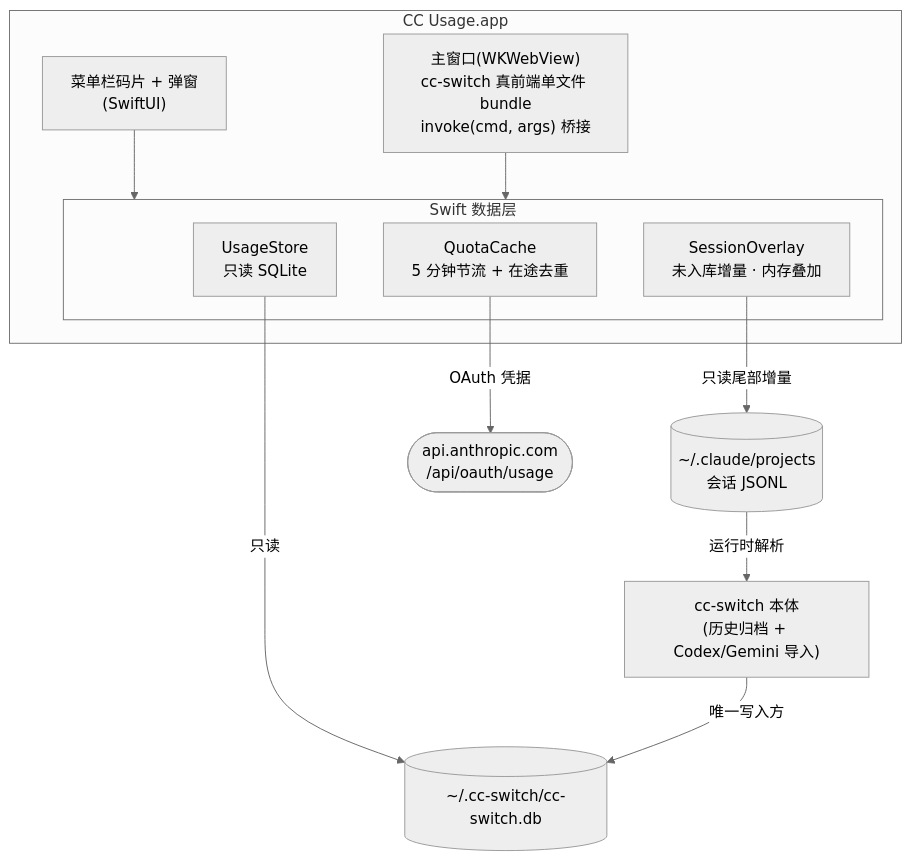
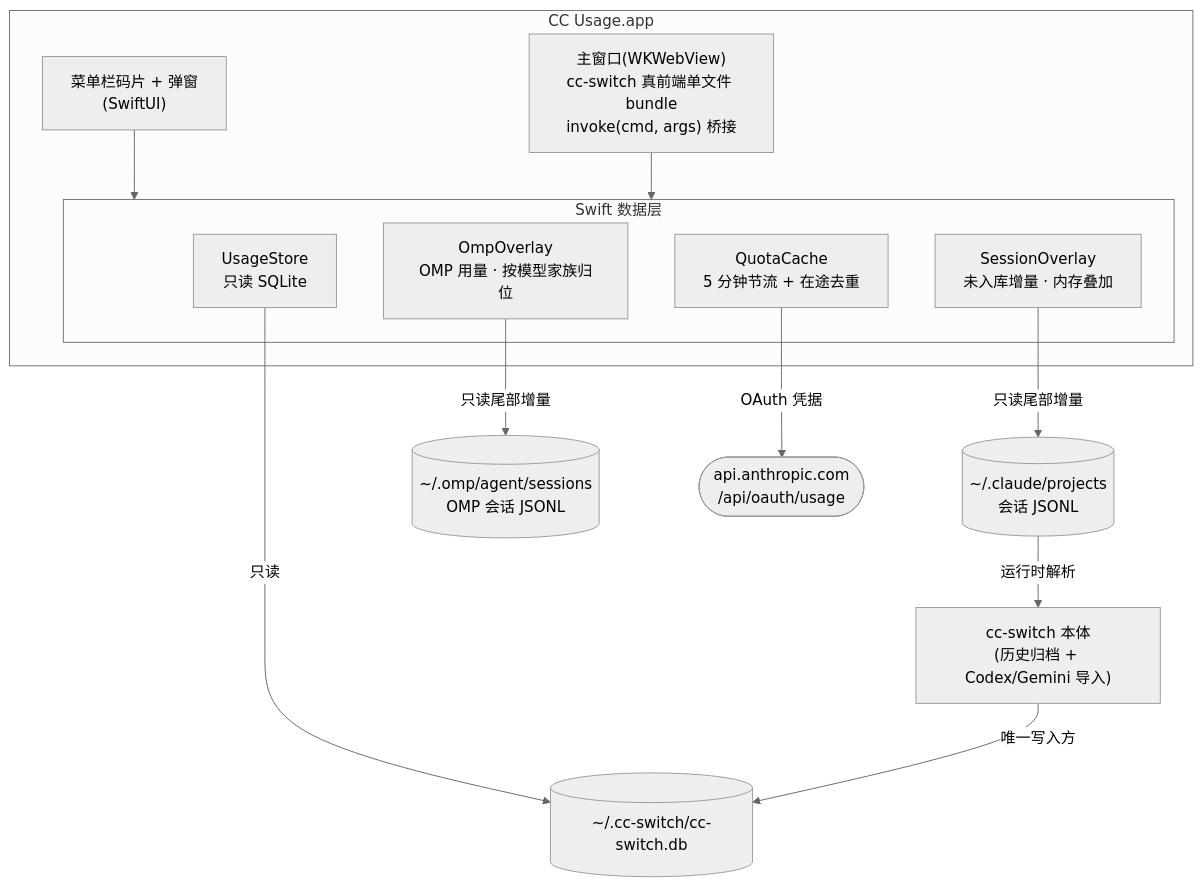
Before and after one commit to Eureka0w0v0/cc-usage: the diagram in README.md, drawn with Mermaid (neutral theme). The commit also changed other lines of this file and 9 other files, not shown here.

````diff
--- a/README.md
+++ b/README.md
@@ -80,24 +82,27 @@
 ```mermaid
 flowchart TB
     subgraph app["CC Usage.app"]
         menubar["菜单栏码片 + 弹窗<br/>(SwiftUI)"]
         panel["主窗口(WKWebView)<br/>cc-switch 真前端单文件 bundle<br/>invoke(cmd, args) 桥接"]
         subgraph layer["Swift 数据层"]
             UsageStore["UsageStore<br/>只读 SQLite"]
             SessionOverlay["SessionOverlay<br/>未入库增量 · 内存叠加"]
+            OmpOverlay["OmpOverlay<br/>OMP 用量 · 按模型家族归位"]
             QuotaCache["QuotaCache<br/>5 分钟节流 + 在途去重"]
         end
         menubar --> layer
         panel --> layer
     end
     db[("~/.cc-switch/cc-switch.db")]
     jsonl[("~/.claude/projects<br/>会话 JSONL")]
+    ompjsonl[("~/.omp/agent/sessions<br/>OMP 会话 JSONL")]
     api(["api.anthropic.com<br/>/api/oauth/usage"])
     ccswitch["cc-switch 本体<br/>(历史归档 + Codex/Gemini 导入)"]
 
     UsageStore -->|"只读"| db
     SessionOverlay -->|"只读尾部增量"| jsonl
+    OmpOverlay -->|"只读尾部增量"| ompjsonl
     QuotaCache -->|"OAuth 凭据"| api
     jsonl -->|"运行时解析"| ccswitch
     ccswitch -->|"唯一写入方"| db
 ```
````
